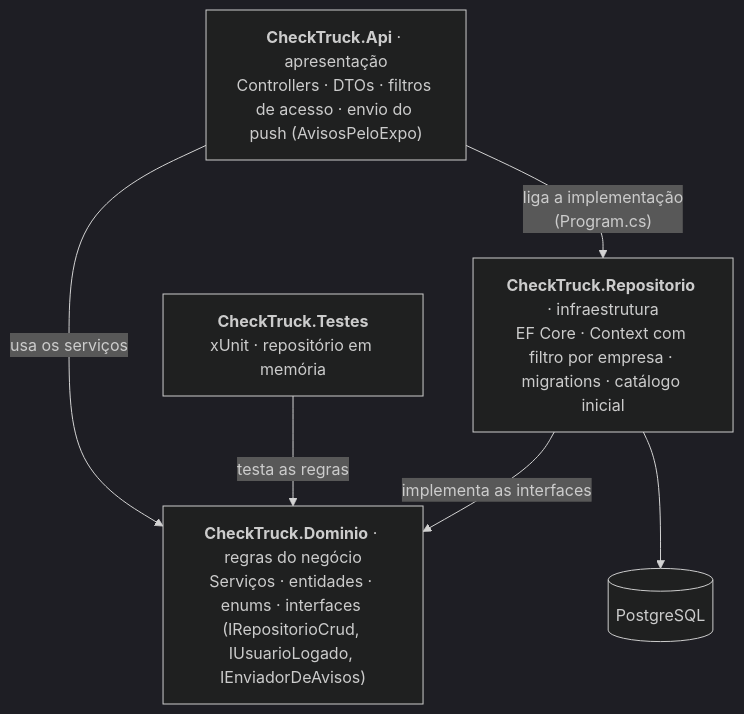
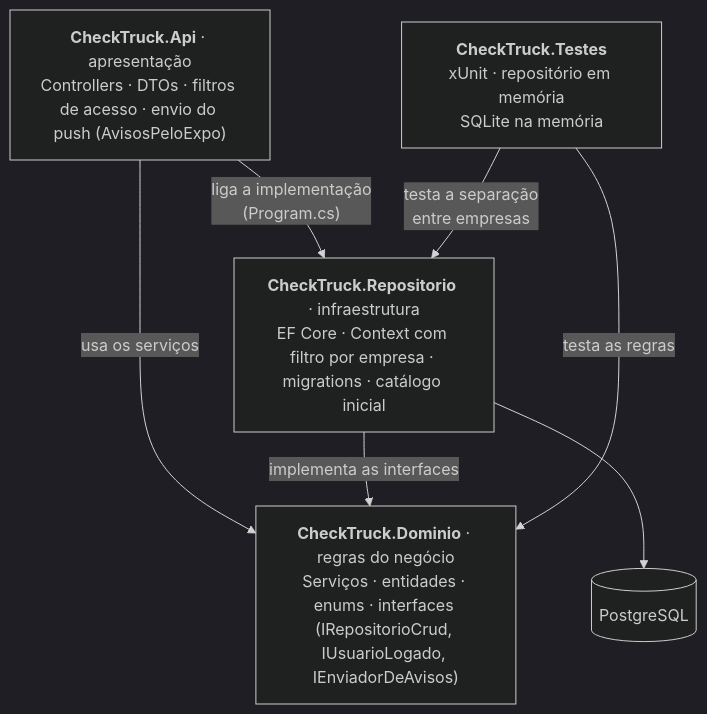
One commit to LeandroPoletti/CheckTruck changed the third of 4 diagrams in docs/arquitetura.md. Above: the diagram before and after it, drawn with Mermaid (dark theme). The commit also changed other lines of this file and 6 other files, not shown here.

Commit message:
Testes da separação entre empresas no banco

````diff
--- a/docs/arquitetura.md
+++ b/docs/arquitetura.md
@@ -66,14 +66,15 @@
 ```mermaid
 flowchart TB
     api["<b>CheckTruck.Api</b> · apresentação<br/>Controllers · DTOs · filtros de acesso · envio do push (AvisosPeloExpo)"]
     dom["<b>CheckTruck.Dominio</b> · regras do negócio<br/>Serviços · entidades · enums · interfaces (IRepositorioCrud, IUsuarioLogado, IEnviadorDeAvisos)"]
     repo["<b>CheckTruck.Repositorio</b> · infraestrutura<br/>EF Core · Context com filtro por empresa · migrations · catálogo inicial"]
     db[("PostgreSQL")]
-    testes["<b>CheckTruck.Testes</b><br/>xUnit · repositório em memória"]
+    testes["<b>CheckTruck.Testes</b><br/>xUnit · repositório em memória<br/>SQLite na memória"]
 
     api -- "usa os serviços" --> dom
     api -- "liga a implementação<br/>(Program.cs)" --> repo
     repo -- "implementa as interfaces" --> dom
     repo --> db
     testes -- "testa as regras" --> dom
+    testes -- "testa a separação<br/>entre empresas" --> repo
 ```
````
